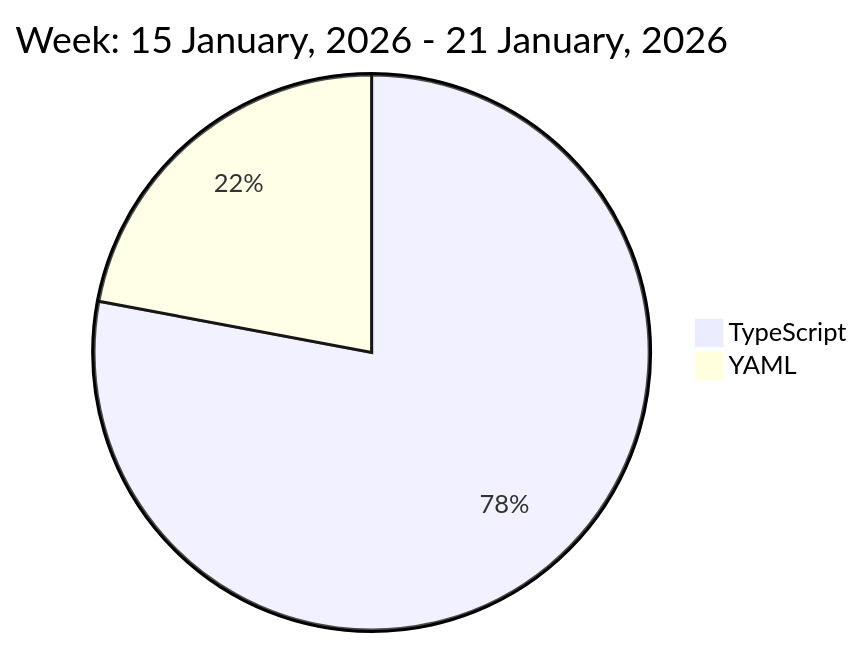
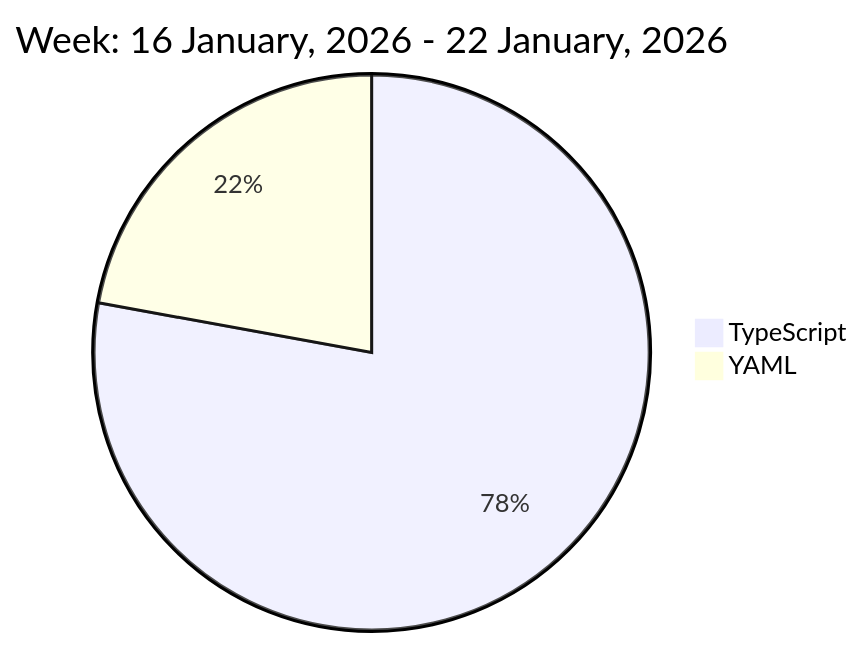
One commit to liubin95/liubin95 changed the diagram in README.md. Above: the diagram before and after it, drawn with Mermaid.

Commit message:
Updated the Graph with new Metrics

````diff
--- a/README.md
+++ b/README.md
@@ -37,6 +37,6 @@
 ```mermaid
  pie
-title Week: 15 January, 2026 - 21 January, 2026
- "TypeScript" : 9.9
- "YAML" : 2.8
+title Week: 16 January, 2026 - 22 January, 2026
+ "TypeScript" : 9.78
+ "YAML" : 2.78
 ```
````
